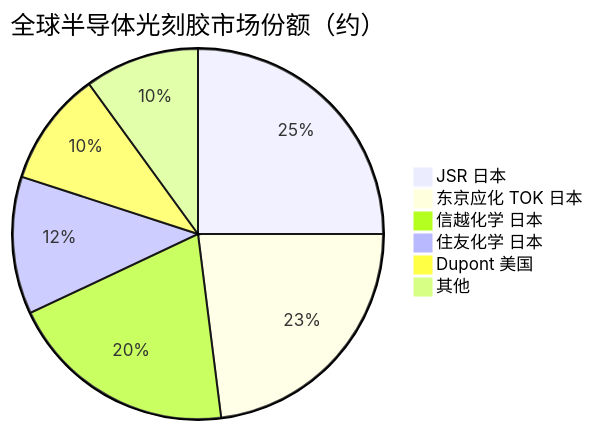
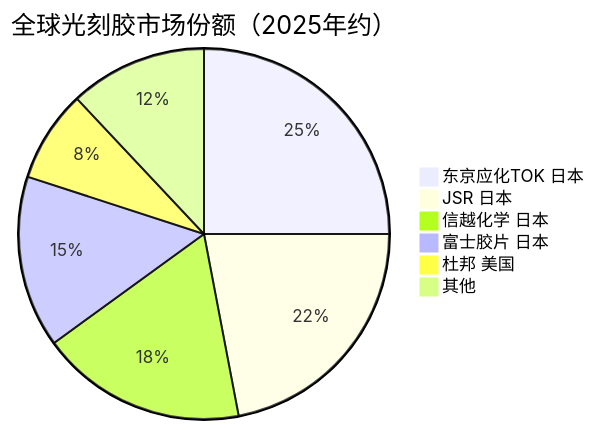
Before and after one commit to blueprint1453/industry-insight: the third of 3 diagrams in AI产业链/上游/原材料/光刻胶.md, drawn with Mermaid. The commit also changed other lines of this file and 78 other files, not shown here.

````diff
--- a/AI产业链/上游/原材料/光刻胶.md
+++ b/AI产业链/上游/原材料/光刻胶.md
@@ -96,9 +96,9 @@
 ```mermaid
-pie title 全球半导体光刻胶市场份额（约）
-    "JSR 日本" : 25
-    "东京应化 TOK 日本" : 23
-    "信越化学 日本" : 20
-    "住友化学 日本" : 12
-    "Dupont 美国" : 10
-    "其他" : 10
+pie title 全球光刻胶市场份额（2025年约）
+    "东京应化TOK 日本" : 25
+    "JSR 日本" : 22
+    "信越化学 日本" : 18
+    "富士胶片 日本" : 15
+    "杜邦 美国" : 8
+    "其他" : 12
 ```
````
